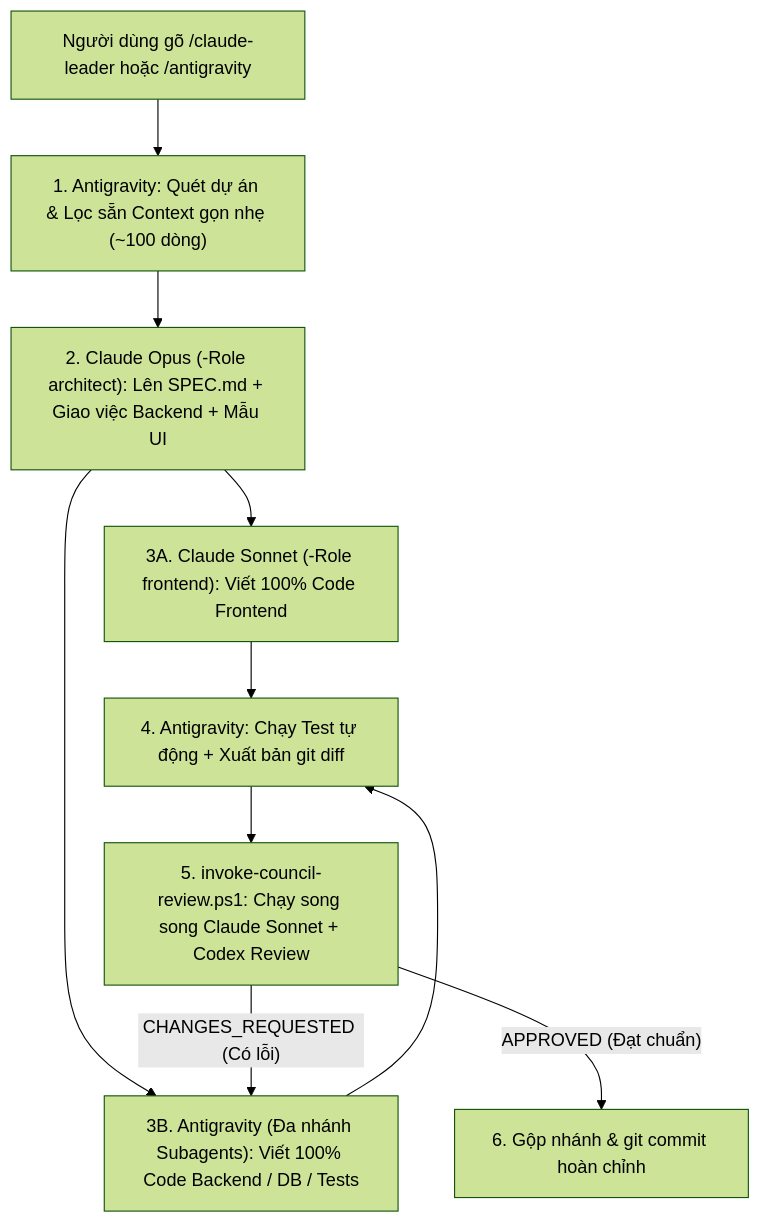
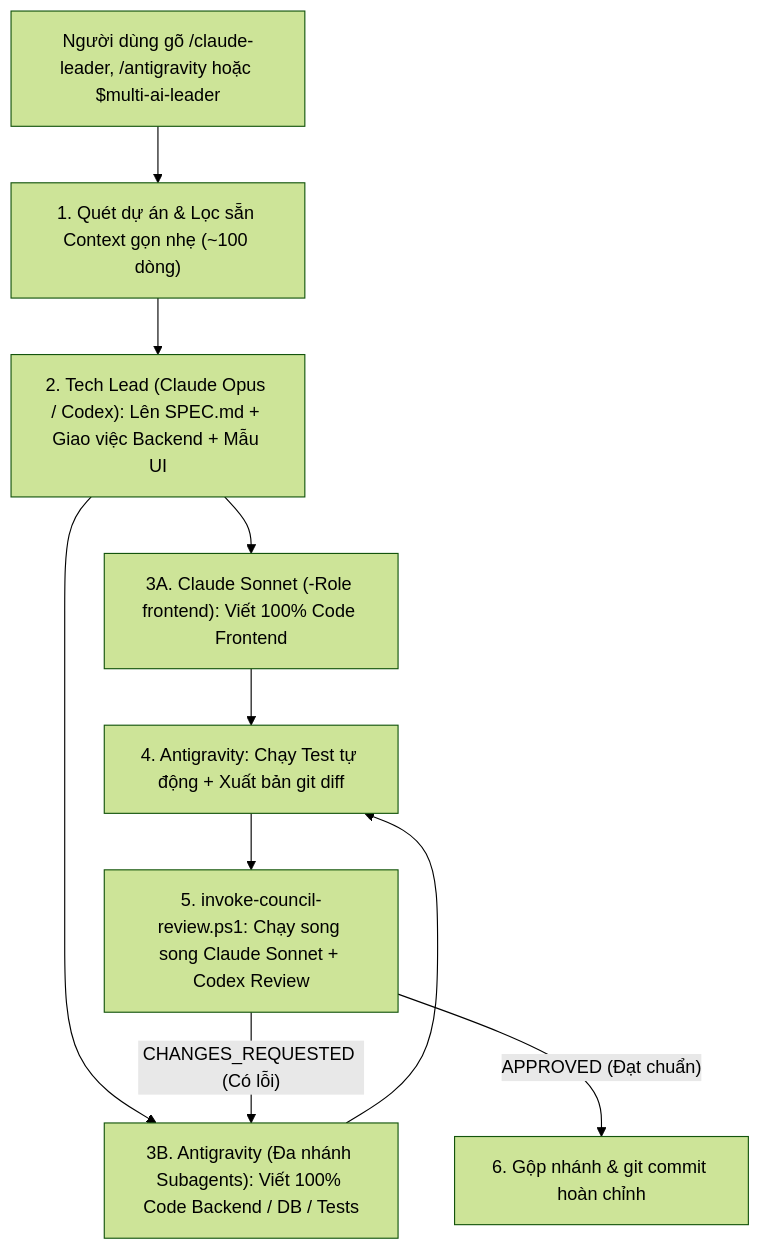
Before and after one commit to baoanhtsp/multi-ai-workflow: the second of 2 diagrams in README.md, drawn with Mermaid (forest theme). The commit also changed other lines of this file and 2 other files, not shown here.

Commit message:
docs & ci: document 3-way Codex orchestration ($multi-ai-leader) and update CI checks

````diff
--- a/README.md
+++ b/README.md
@@ -41,12 +44,12 @@
 ```mermaid
 flowchart TD
-    User["Người dùng gõ /claude-leader hoặc /antigravity"] --> Filter["1. Antigravity: Quét dự án & Lọc sẵn Context gọn nhẹ (~100 dòng)"]
-    Filter --> Opus["2. Claude Opus (-Role architect): Lên SPEC.md + Giao việc Backend + Mẫu UI"]
+    User["Người dùng gõ /claude-leader, /antigravity hoặc $multi-ai-leader"] --> Filter["1. Quét dự án & Lọc sẵn Context gọn nhẹ (~100 dòng)"]
+    Filter --> Opus["2. Tech Lead (Claude Opus / Codex): Lên SPEC.md + Giao việc Backend + Mẫu UI"]
     Opus --> SonnetFE["3A. Claude Sonnet (-Role frontend): Viết 100% Code Frontend"]
     Opus --> AgyBE["3B. Antigravity (Đa nhánh Subagents): Viết 100% Code Backend / DB / Tests"]
     SonnetFE --> Diff["4. Antigravity: Chạy Test tự động + Xuất bản git diff"]
     AgyBE --> Diff
     Diff --> Review["5. invoke-council-review.ps1: Chạy song song Claude Sonnet + Codex Review"]
     Review -- "CHANGES_REQUESTED (Có lỗi)" --> AgyBE
     Review -- "APPROVED (Đạt chuẩn)" --> Commit["6. Gộp nhánh & git commit hoàn chỉnh"]
 ```
````
